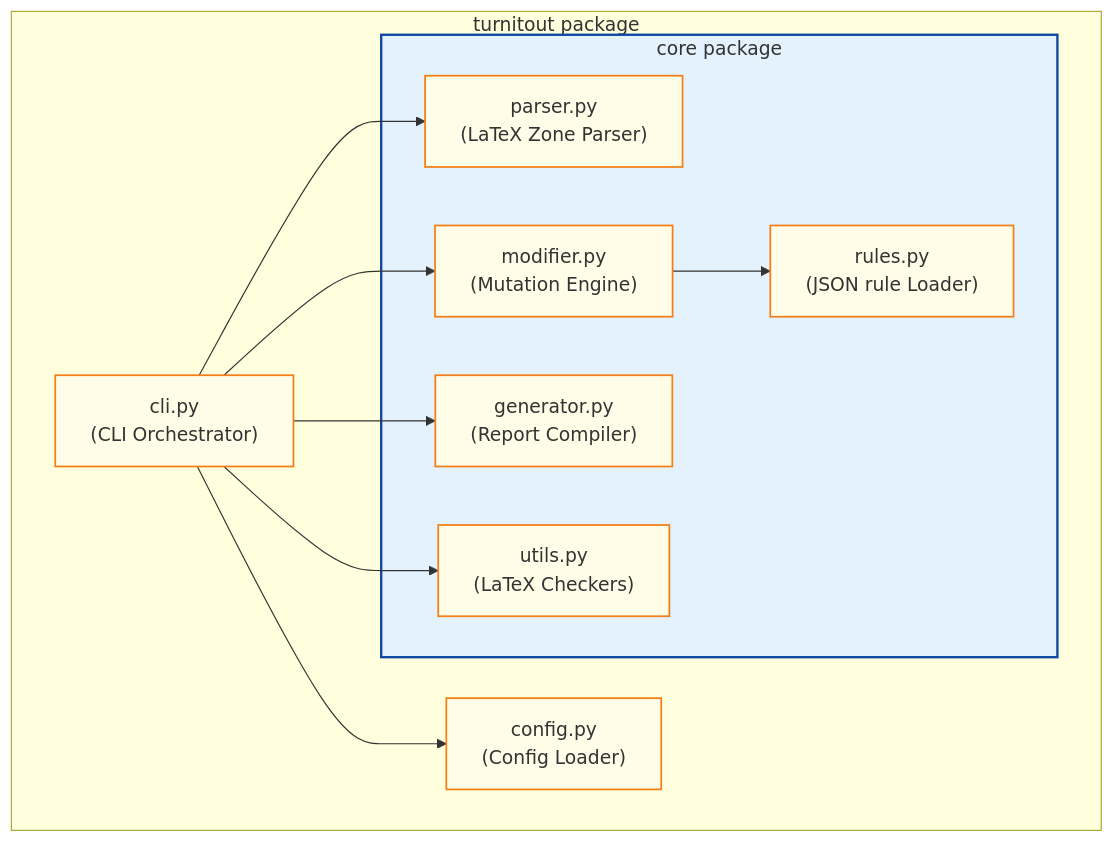
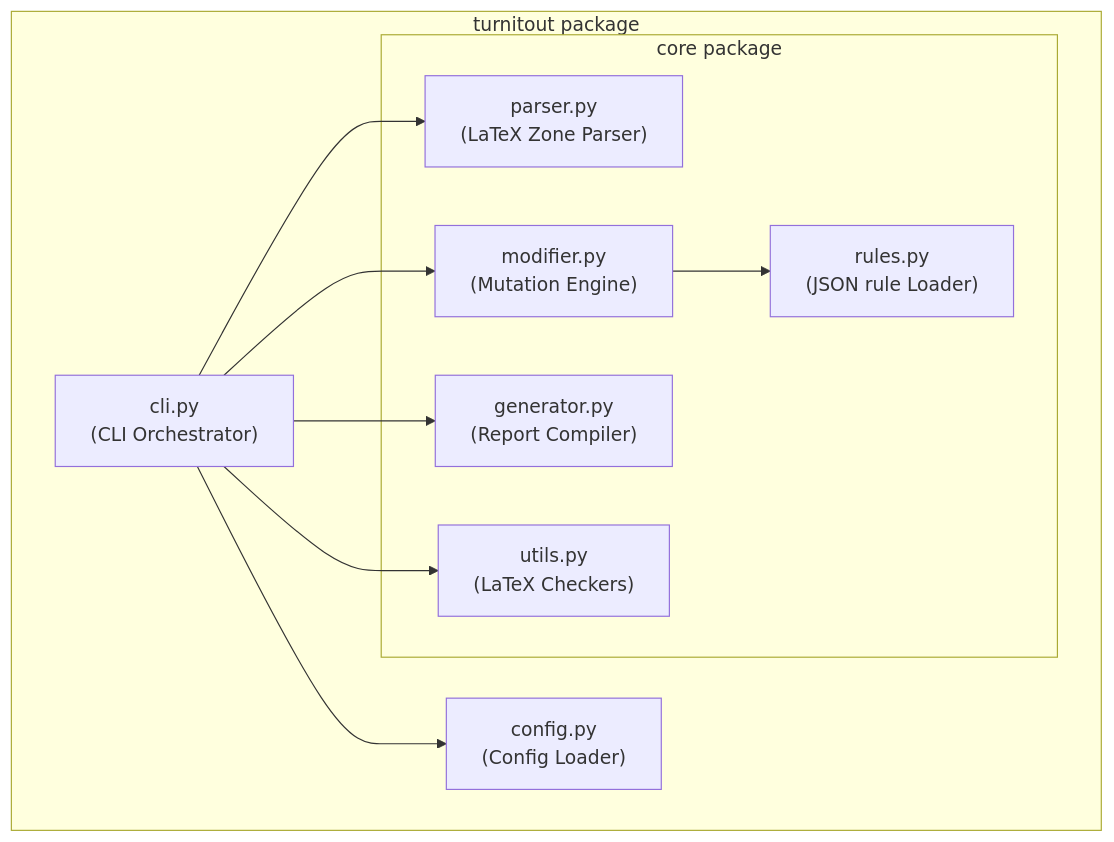
The second of 3 diagrams in README.md (AhmadHassan-BTed/Turnitout), drawn with Mermaid before and after one commit.

Commit message:
Docs: Remove custom Mermaid color styles from coupling chart to enable native high-contrast theme styling

````diff
--- a/README.md
+++ b/README.md
@@ -165,26 +165,22 @@
 ```mermaid
 graph TD
-    classDef package fill:#e3f2fd,stroke:#0d47a1,stroke-width:2px;
-    classDef module fill:#fffde7,stroke:#f57f17,stroke-width:1.5px;
-    
     subgraph Package ["turnitout package"]
-        cli["cli.py\n(CLI Orchestrator)"]:::module
-        config["config.py\n(Config Loader)"]:::module
-        core["core package"]:::package
+        cli["cli.py<br>(CLI Orchestrator)"]
+        config["config.py<br>(Config Loader)"]
         
         subgraph core ["core package"]
-            parser["parser.py\n(LaTeX Zone Parser)"]:::module
-            modifier["modifier.py\n(Mutation Engine)"]:::module
-            rules["rules.py\n(JSON rule Loader)"]:::module
-            generator["generator.py\n(Report Compiler)"]:::module
-            utils["utils.py\n(LaTeX Checkers)"]:::module
+            parser["parser.py<br>(LaTeX Zone Parser)"]
+            modifier["modifier.py<br>(Mutation Engine)"]
+            rules["rules.py<br>(JSON rule Loader)"]
+            generator["generator.py<br>(Report Compiler)"]
+            utils["utils.py<br>(LaTeX Checkers)"]
         end
     end
     
     cli --> config
     cli --> parser
     cli --> modifier
     cli --> generator
     cli --> utils
     modifier --> rules
 ```
````
